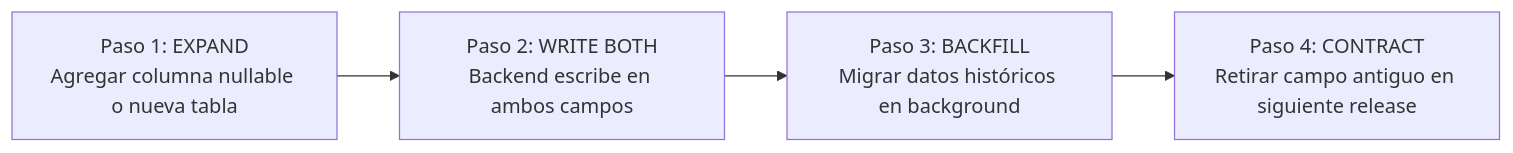
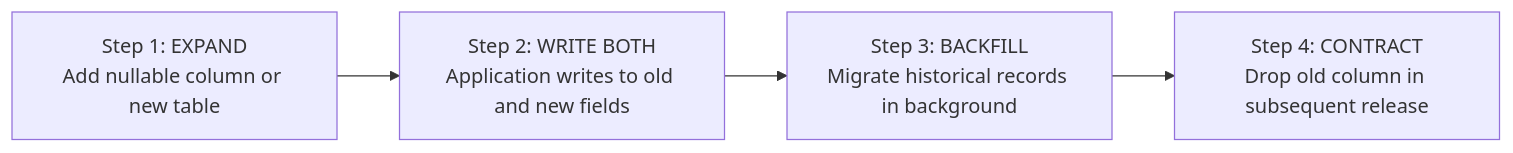
Before and after one commit to JeremyJS20/sdd-standard-light: the second of 2 diagrams in core/templates/database-architecture-template.md, drawn with Mermaid. The commit also changed other lines of this file and 8 other files, not shown here.

````diff
--- a/core/templates/database-architecture-template.md
+++ b/core/templates/database-architecture-template.md
@@ -222,6 +222,6 @@
 ```mermaid
 flowchart LR
-    Phase1["Paso 1: EXPAND<br/>Agregar columna nullable o nueva tabla"] --> Phase2["Paso 2: WRITE BOTH<br/>Backend escribe en ambos campos"]
-    Phase2 --> Phase3["Paso 3: BACKFILL<br/>Migrar datos históricos en background"]
-    Phase3 --> Phase4["Paso 4: CONTRACT<br/>Retirar campo antiguo en siguiente release"]
+    Phase1["Step 1: EXPAND<br/>Add nullable column or new table"] --> Phase2["Step 2: WRITE BOTH<br/>Application writes to old and new fields"]
+    Phase2 --> Phase3["Step 3: BACKFILL<br/>Migrate historical records in background"]
+    Phase3 --> Phase4["Step 4: CONTRACT<br/>Drop old column in subsequent release"]
 ```
````
